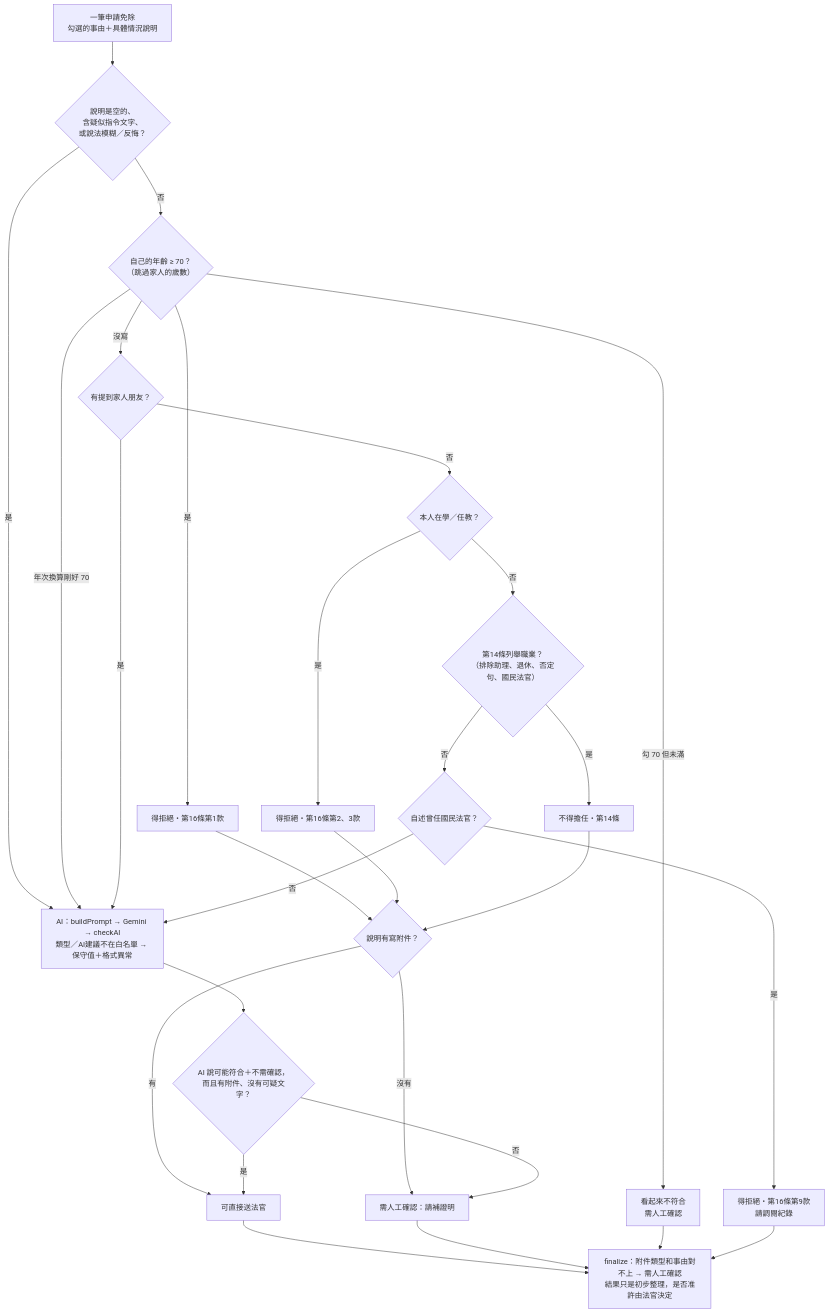
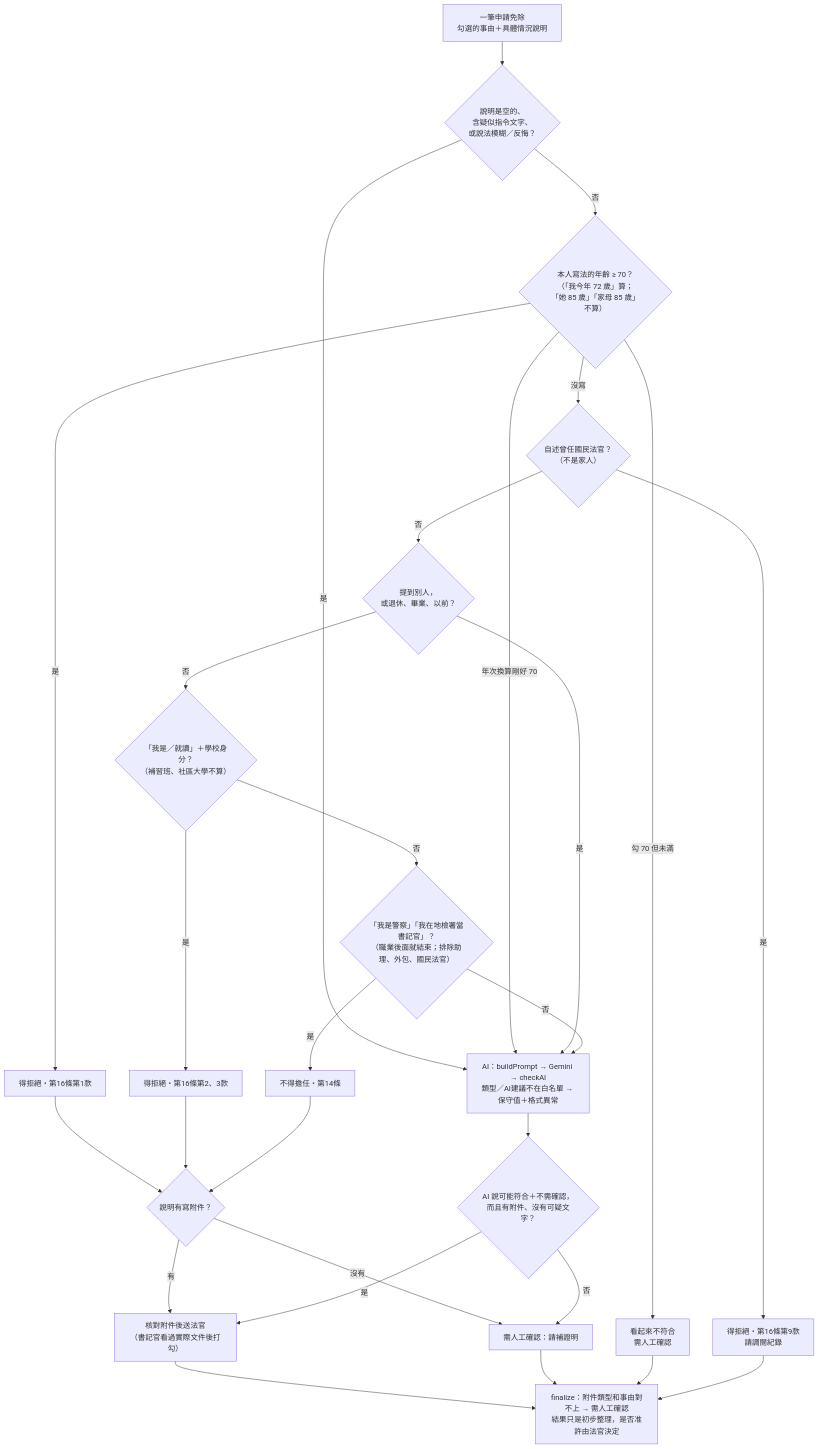
The third of 6 diagrams in docs/ARCHITECTURE.md (ammieliu-jpg/juror-preview), drawn with Mermaid before and after one commit. The commit also changed other lines of this file and 15 other files, not shown here.

````diff
--- a/docs/ARCHITECTURE.md
+++ b/docs/ARCHITECTURE.md
@@ -116,29 +116,29 @@
 ```mermaid
 flowchart TD
   A["一筆申請免除<br/>勾選的事由＋具體情況說明"] --> B{"說明是空的、<br/>含疑似指令文字、<br/>或說法模糊／反悔？"}
   B -->|是| AI
-  B -->|否| C{"自己的年齡 ≥ 70？<br/>（跳過家人的歲數）"}
+  B -->|否| C{"本人寫法的年齡 ≥ 70？<br/>（「我今年 72 歲」算；<br/>「她 85 歲」「家母 85 歲」不算）"}
   C -->|是| R1["得拒絕・第16條第1款"]
   C -->|"勾 70 但未滿"| R0["看起來不符合<br/>需人工確認"]
   C -->|"年次換算剛好 70"| AI
-  C -->|沒寫| D{"有提到家人朋友？"}
+  C -->|沒寫| G{"自述曾任國民法官？<br/>（不是家人）"}
+  G -->|是| R4["得拒絕・第16條第9款<br/>請調閱紀錄"]
+  G -->|否| D{"提到別人，<br/>或退休、畢業、以前？"}
   D -->|是| AI
-  D -->|否| E{"本人在學／任教？"}
+  D -->|否| E{"「我是／就讀」＋學校身分？<br/>（補習班、社區大學不算）"}
   E -->|是| R2["得拒絕・第16條第2、3款"]
-  E -->|否| F{"第14條列舉職業？<br/>（排除助理、退休、否定句、國民法官）"}
+  E -->|否| F{"「我是警察」「我在地檢署當書記官」？<br/>（職業後面就結束；排除助理、外包、國民法官）"}
   F -->|是| R3["不得擔任・第14條"]
-  F -->|否| G{"自述曾任國民法官？"}
-  G -->|是| R4["得拒絕・第16條第9款<br/>請調閱紀錄"]
-  G -->|否| AI
+  F -->|否| AI
 
   AI["AI：buildPrompt → Gemini → checkAI<br/>類型／AI建議不在白名單 → 保守值＋格式異常"]
 
   R1 & R2 & R3 --> P{"說明有寫附件？"}
-  P -->|有| OK["可直接送法官"]
+  P -->|有| OK["核對附件後送法官<br/>（書記官看過實際文件後打勾）"]
   P -->|沒有| NEED["需人工確認：請補證明"]
   AI --> H{"AI 說可能符合＋不需確認，<br/>而且有附件、沒有可疑文字？"}
   H -->|是| OK
   H -->|否| NEED
 
   OK & NEED & R0 & R4 --> Z["finalize：附件類型和事由對不上 → 需人工確認<br/>結果只是初步整理，是否准許由法官決定"]
 ```
````
